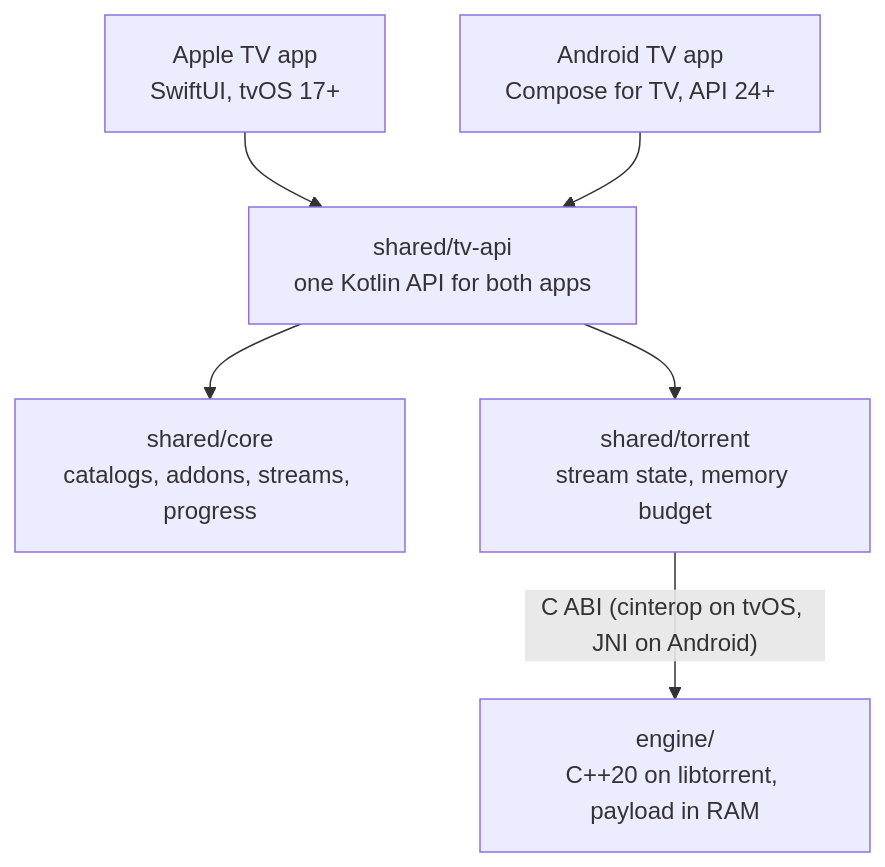
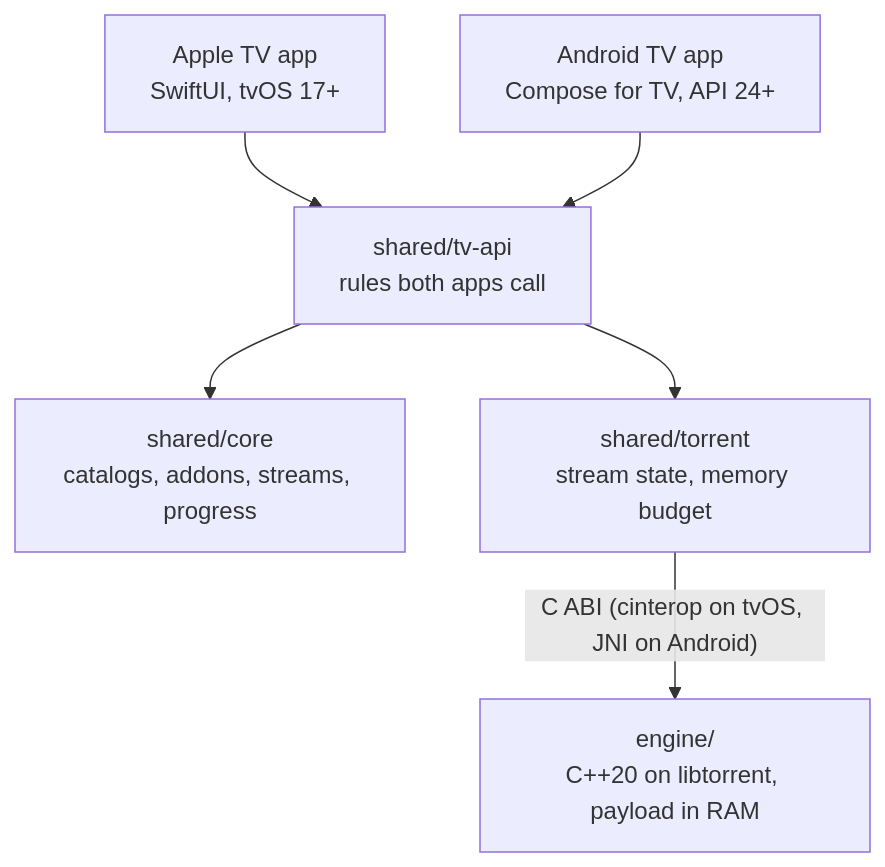
The diagram in README.md (kienmai160598/the-firm), drawn with Mermaid before and after one commit. The commit also changed other lines of this file, not shown here.

````diff
--- a/README.md
+++ b/README.md
@@ -37,14 +32,14 @@
 ```mermaid
 flowchart TD
   ATV["Apple TV app<br/>SwiftUI, tvOS 17+"]
   AND["Android TV app<br/>Compose for TV, API 24+"]
-  API["shared/tv-api<br/>one Kotlin API for both apps"]
+  API["shared/tv-api<br/>rules both apps call"]
   CORE["shared/core<br/>catalogs, addons, streams, progress"]
   TOR["shared/torrent<br/>stream state, memory budget"]
   ENG["engine/<br/>C++20 on libtorrent, payload in RAM"]
   ATV --> API
   AND --> API
   API --> CORE
   API --> TOR
   TOR -->|"C ABI (cinterop on tvOS, JNI on Android)"| ENG
 ```
````
